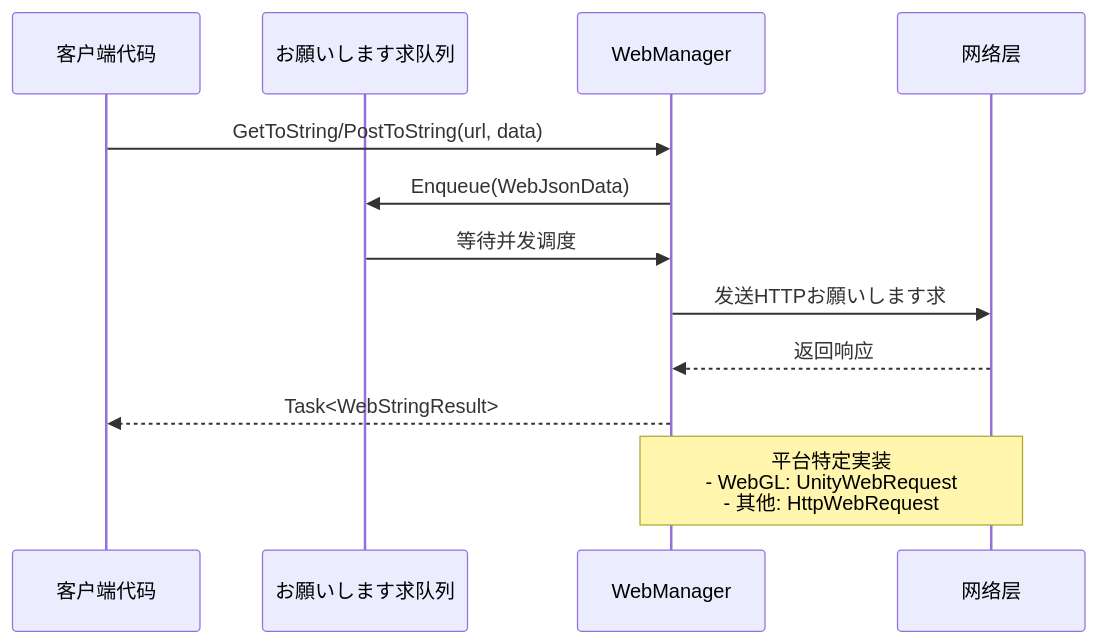
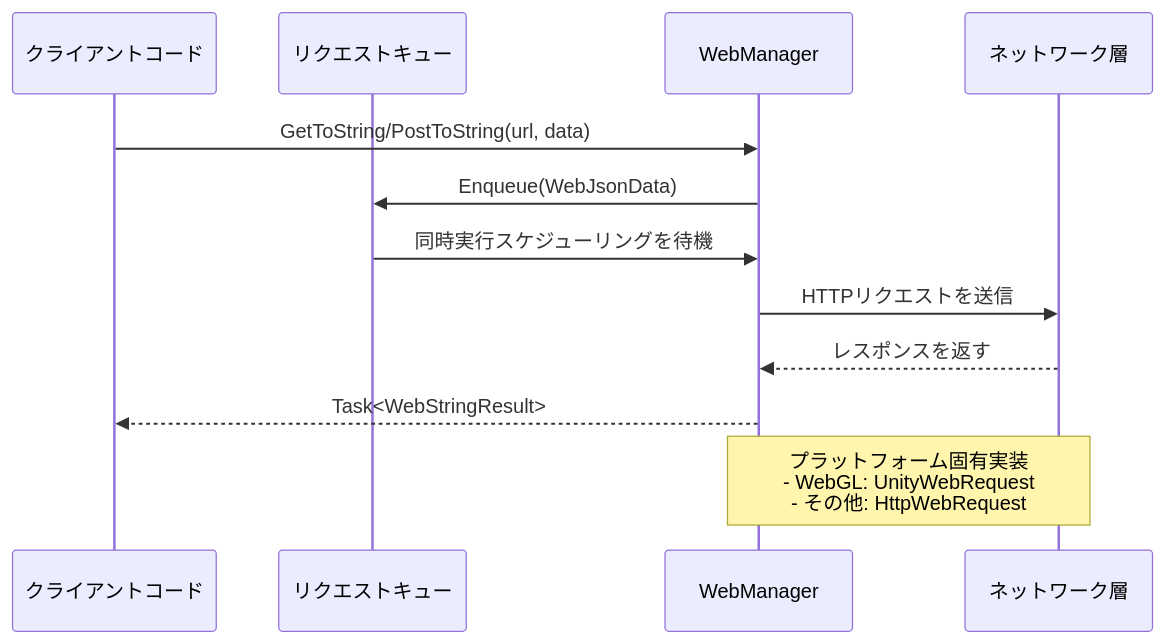
The diagram in docs/ja/client/unity/component/web/03.getting-started.md (AlianBlank/GameFrameX.Docs), drawn with Mermaid before and after one commit. The commit also changed other lines of this file and 320 other files, not shown here.

````diff
--- a/docs/ja/client/unity/component/web/03.getting-started.md
+++ b/docs/ja/client/unity/component/web/03.getting-started.md
@@ -485,16 +485,16 @@
 ```mermaid
 sequenceDiagram
-    participant Client as 客户端代码
-    participant Queue as お願いします求队列
+    participant Client as クライアントコード
+    participant Queue as リクエストキュー
     participant Manager as WebManager
-    participant Network as 网络层
+    participant Network as ネットワーク層
     
     Client->>Manager: GetToString/PostToString(url, data)
     Manager->>Queue: Enqueue(WebJsonData)
-    Queue->>Manager: 等待并发调度
-    Manager->>Network: 发送HTTPお願いします求
-    Network-->>Manager: 返回响应
+    Queue->>Manager: 同時実行スケジューリングを待機
+    Manager->>Network: HTTPリクエストを送信
+    Network-->>Manager: レスポンスを返す
     Manager-->>Client: Task<WebStringResult>
     
-    Note over Manager,Network: 平台特定実装<br/>- WebGL: UnityWebRequest<br/>- 其他: HttpWebRequest
+    Note over Manager,Network: プラットフォーム固有実装<br/>- WebGL: UnityWebRequest<br/>- その他: HttpWebRequest
 ```
````
